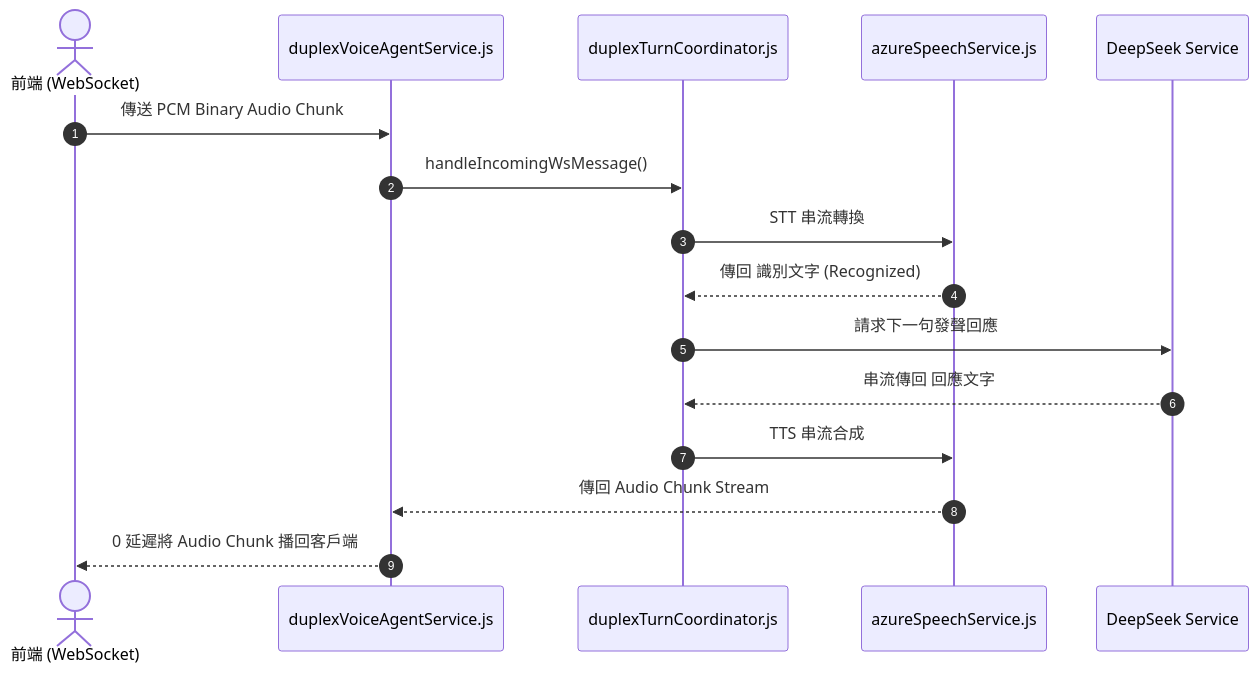
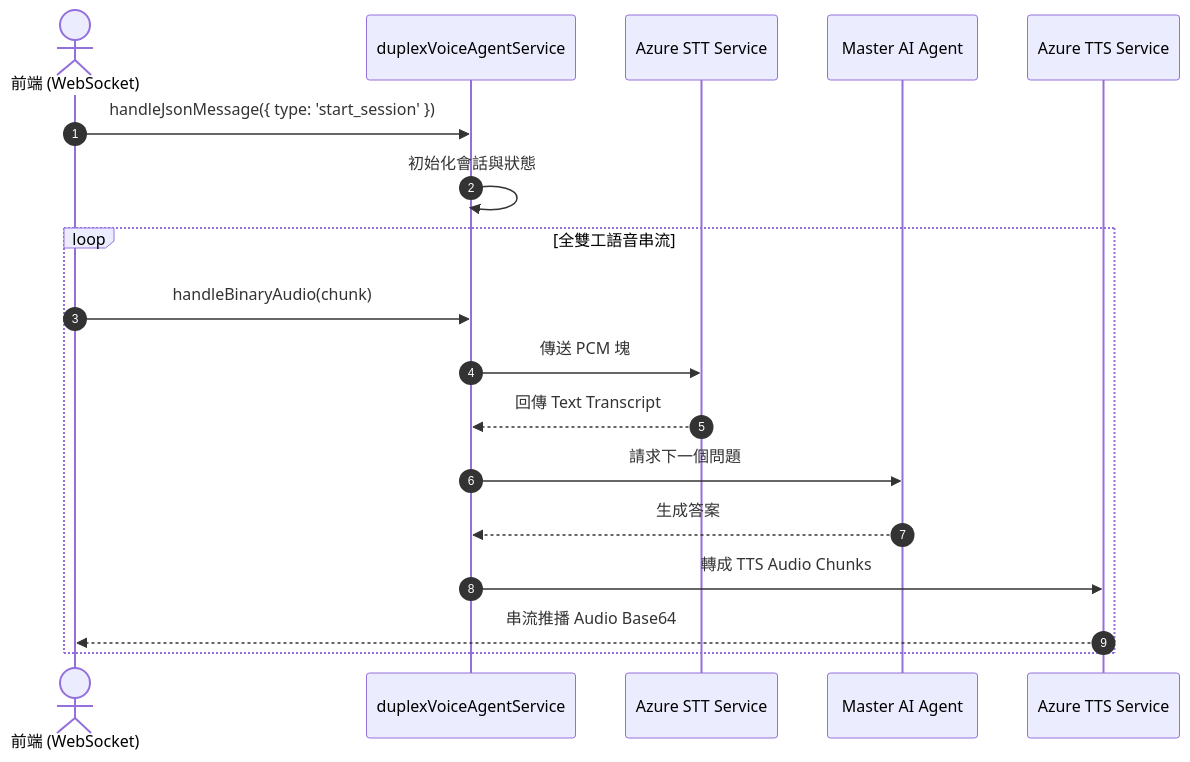
The diagram in docs/architecture-decision-records/features/F-61-realtime-voice-duplex-agent.md (Alanho2025/Kiwi-AI-interview-Agent), drawn with Mermaid before and after one commit. The commit also changed other lines of this file and 74 other files, not shown here.

````diff
--- a/docs/architecture-decision-records/features/F-61-realtime-voice-duplex-agent.md
+++ b/docs/architecture-decision-records/features/F-61-realtime-voice-duplex-agent.md
@@ -47,19 +41,22 @@
 ```mermaid
 sequenceDiagram
     autonumber
-    actor Client as 前端 (WebSocket)
-    participant Agent as duplexVoiceAgentService.js
-    participant Turn as duplexTurnCoordinator.js
-    participant Azure as azureSpeechService.js
-    participant LLM as DeepSeek Service
+    actor Frontend as 前端 (WebSocket)
+    participant Duplex as duplexVoiceAgentService
+    participant STT as Azure STT Service
+    participant Master as Master AI Agent
+    participant TTS as Azure TTS Service
 
-    Client->>Agent: 傳送 PCM Binary Audio Chunk
-    Agent->>Turn: handleIncomingWsMessage()
-    Turn->>Azure: STT 串流轉換
-    Azure-->>Turn: 傳回 識別文字 (Recognized)
-    Turn->>LLM: 請求下一句發聲回應
-    LLM-->>Turn: 串流傳回 回應文字
-    Turn->>Azure: TTS 串流合成
-    Azure-->>Agent: 傳回 Audio Chunk Stream
-    Agent-->>Client: 0 延遲將 Audio Chunk 播回客戶端
+    Frontend->>Duplex: handleJsonMessage({ type: 'start_session' })
+    Duplex->>Duplex: 初始化會話與狀態
+    
+    loop 全雙工語音串流
+        Frontend->>Duplex: handleBinaryAudio(chunk)
+        Duplex->>STT: 傳送 PCM 塊
+        STT-->>Duplex: 回傳 Text Transcript
+        Duplex->>Master: 請求下一個問題
+        Master-->>Duplex: 生成答案
+        Duplex->>TTS: 轉成 TTS Audio Chunks
+        TTS-->>Frontend: 串流推播 Audio Base64
+    end
 ```
````
